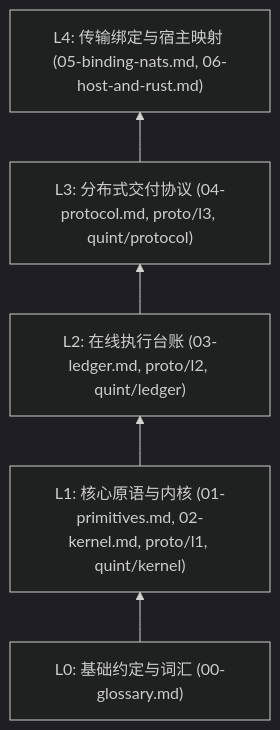
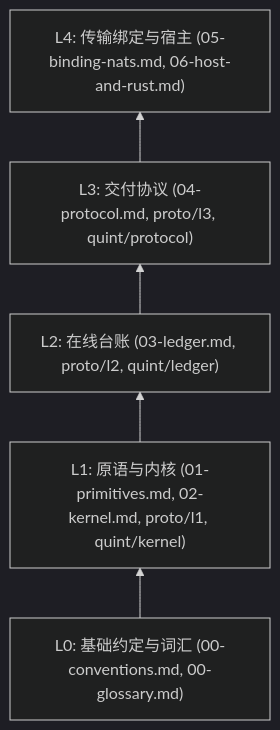
The second of 2 diagrams in spec/README.md (Everfold/Beamlet), drawn with Mermaid (dark theme) before and after one commit. The commit also changed other lines of this file and 8 other files, not shown here.

Commit message:
docs(spec): split L0 conventions, categorize glossary, and tighten prose

````diff
--- a/spec/README.md
+++ b/spec/README.md
@@ -31,10 +29,10 @@
 ```mermaid
 flowchart BT
-    L0["L0: 基础约定与词汇 (00-glossary.md)"]
-    L1["L1: 核心原语与内核 (01-primitives.md, 02-kernel.md, proto/l1, quint/kernel)"]
-    L2["L2: 在线执行台账 (03-ledger.md, proto/l2, quint/ledger)"]
-    L3["L3: 分布式交付协议 (04-protocol.md, proto/l3, quint/protocol)"]
-    L4["L4: 传输绑定与宿主映射 (05-binding-nats.md, 06-host-and-rust.md)"]
+    L0["L0: 基础约定与词汇 (00-conventions.md, 00-glossary.md)"]
+    L1["L1: 原语与内核 (01-primitives.md, 02-kernel.md, proto/l1, quint/kernel)"]
+    L2["L2: 在线台账 (03-ledger.md, proto/l2, quint/ledger)"]
+    L3["L3: 交付协议 (04-protocol.md, proto/l3, quint/protocol)"]
+    L4["L4: 传输绑定与宿主 (05-binding-nats.md, 06-host-and-rust.md)"]
 
     L0 --> L1 --> L2 --> L3 --> L4
 ```
````
